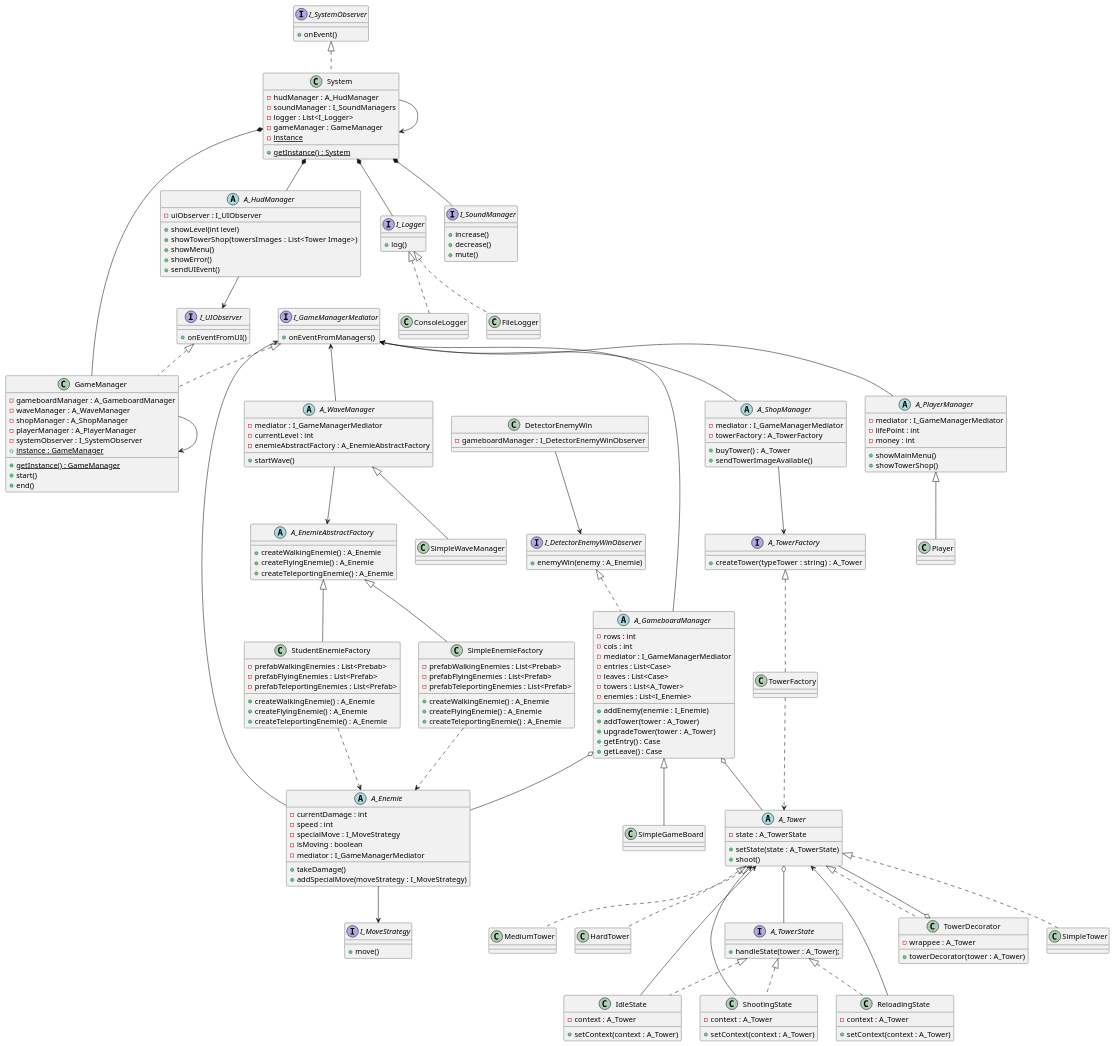
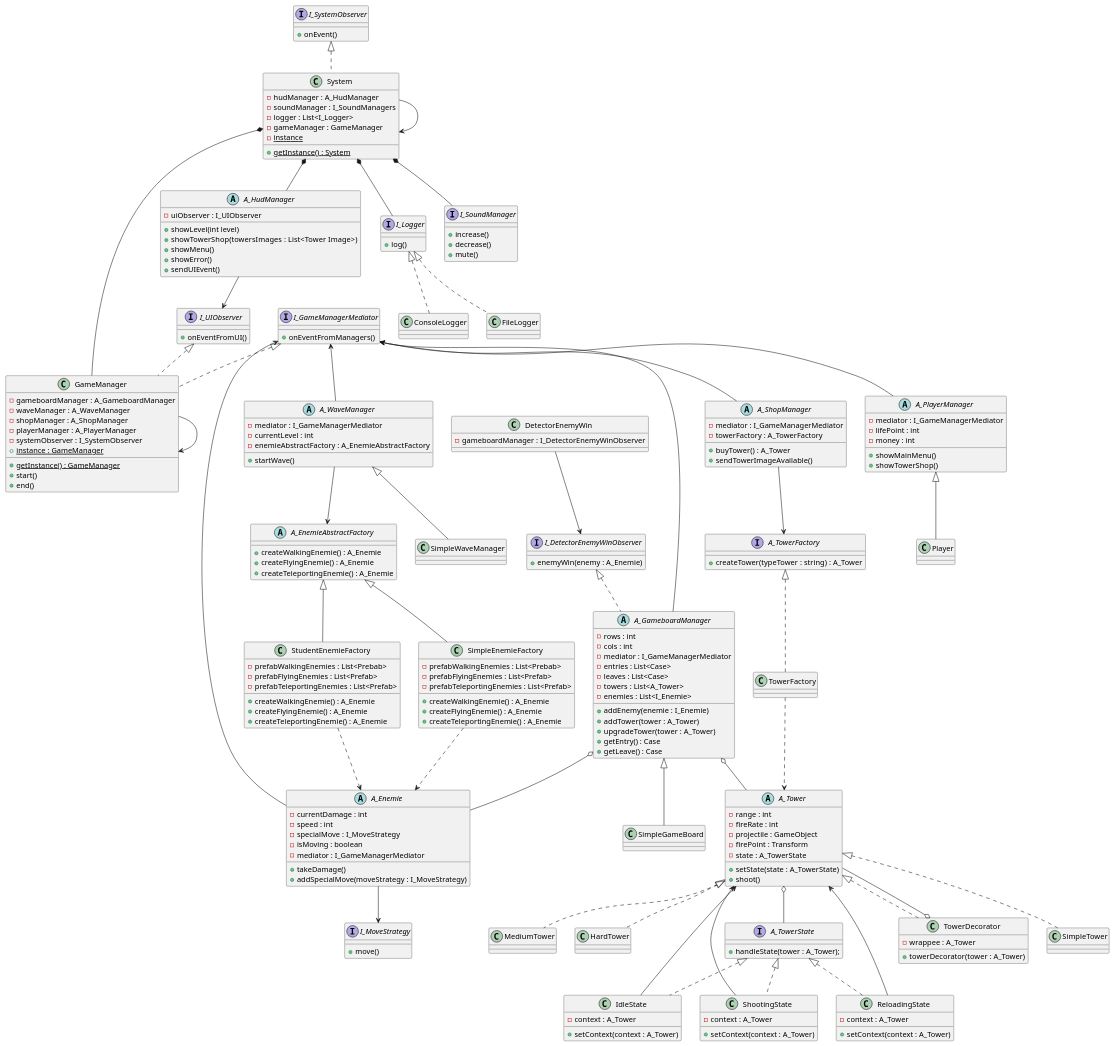
One commit to bobylatruffe/tower_defense changed the diagram in uml.plantuml. Above: the diagram before and after it, drawn with PlantUML. The commit also changed 32 other files, not shown here.

```diff
--- a/uml.plantuml
+++ b/uml.plantuml
@@ -180,6 +180,10 @@
 TowerFactory ..> A_Tower
 
 abstract class A_Tower {
+    - range : int
+    - fireRate : int
+    - projectile : GameObject
+    - firePoint : Transform
     - state : A_TowerState
     + setState(state : A_TowerState)
     + shoot()
```
